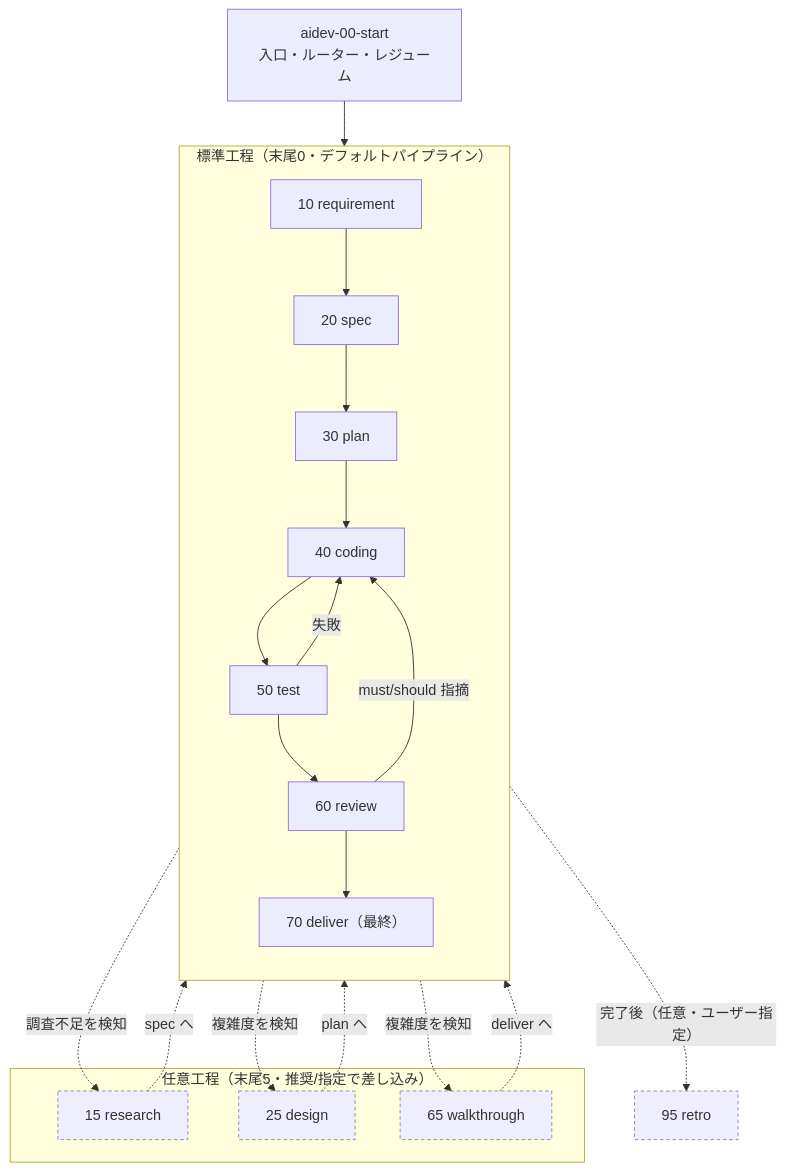
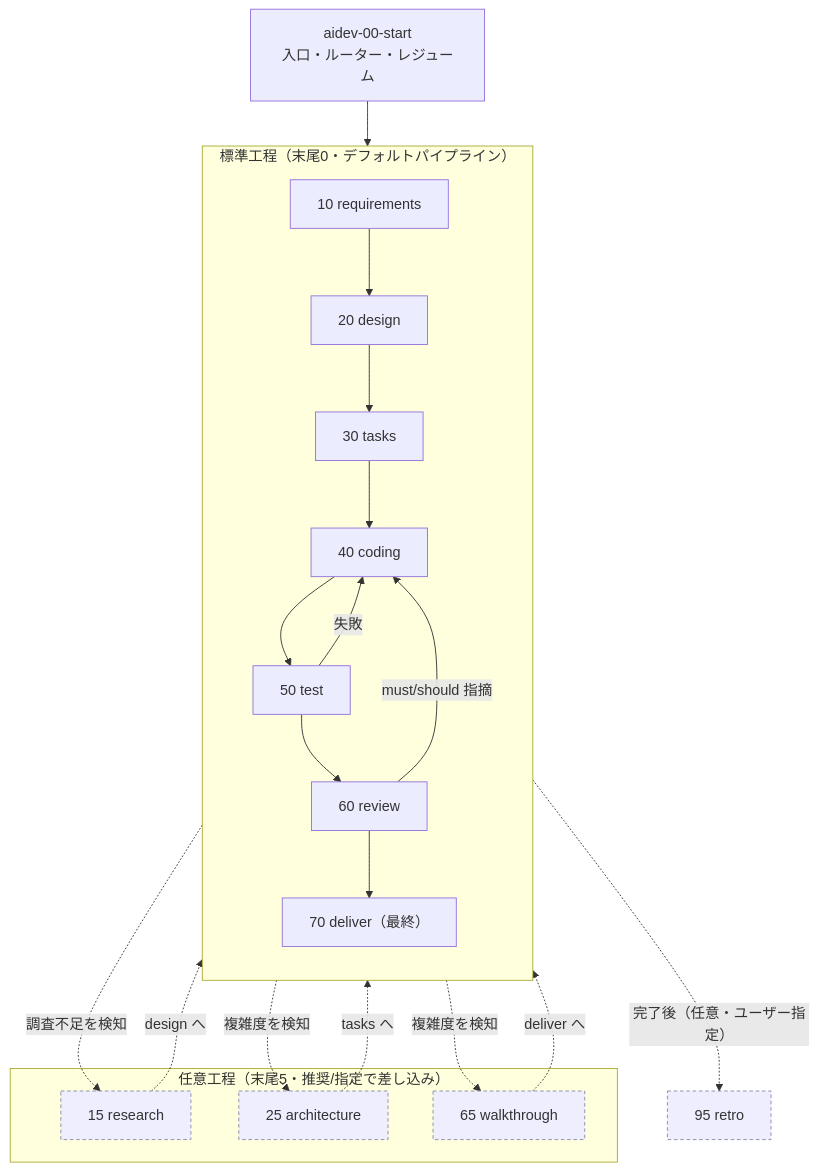
One commit to asaomaro/public_docs changed the first of 5 diagrams in docs/ClaudeCode/skills/aidev/aidev-docs/DESIGN.md. Above: the diagram before and after it, drawn with Mermaid. The commit also changed other lines of this file and 32 other files, not shown here.

````diff
--- a/docs/ClaudeCode/skills/aidev/aidev-docs/DESIGN.md
+++ b/docs/ClaudeCode/skills/aidev/aidev-docs/DESIGN.md
@@ -18,28 +18,28 @@
 ```mermaid
 flowchart TD
   start["aidev-00-start<br/>入口・ルーター・レジューム"]
   start --> req
 
   subgraph STD["標準工程（末尾0・デフォルトパイプライン）"]
     direction TB
-    req["10 requirement"] --> spec["20 spec"] --> plan["30 plan"]
-    plan --> coding["40 coding"] --> test["50 test"] --> review["60 review"] --> deliver["70 deliver（最終）"]
+    req["10 requirements"] --> design["20 design"] --> tasks["30 tasks"]
+    tasks --> coding["40 coding"] --> test["50 test"] --> review["60 review"] --> deliver["70 deliver（最終）"]
   end
 
   subgraph OPT["任意工程（末尾5・推奨/指定で差し込み）"]
     research["15 research"]
-    design["25 design"]
+    architecture["25 architecture"]
     walkthrough["65 walkthrough"]
   end
 
-  req -. 調査不足を検知 .-> research -. spec へ .-> spec
-  spec -. 複雑度を検知 .-> design -. plan へ .-> plan
+  req -. 調査不足を検知 .-> research -. design へ .-> design
+  design -. 複雑度を検知 .-> architecture -. tasks へ .-> tasks
   review -. 複雑度を検知 .-> walkthrough -. deliver へ .-> deliver
 
   test -- 失敗 --> coding
   review -- "must/should 指摘" --> coding
   deliver -. 完了後（任意・ユーザー指定） .-> retro["95 retro"]
 
   classDef opt fill:#eef,stroke:#88a,stroke-dasharray:4 3
-  class research,design,walkthrough,retro opt
+  class research,architecture,walkthrough,retro opt
 ```
````
